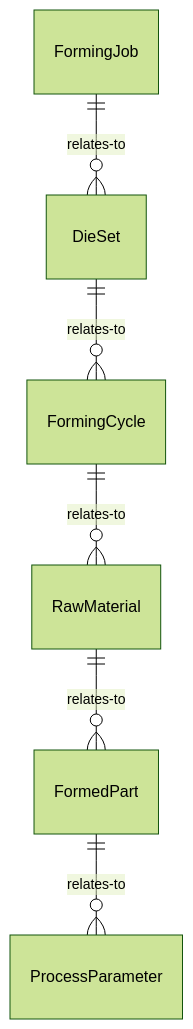
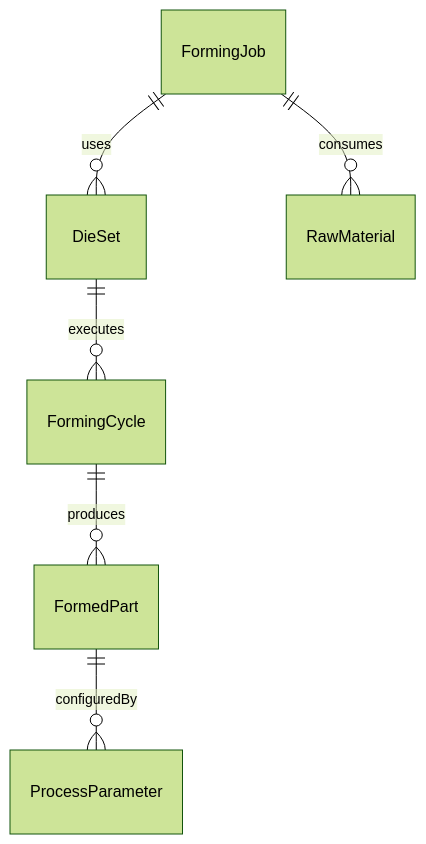
Before and after one commit to dot-org-ai/tasks.org.ai: the first of 4 diagrams in ControllingMachinesAndProcesses/OperateIndustrialProcessingOrProductionEquipment/OperateMetalPlasticFormingEquipment.mdx, drawn with Mermaid (forest theme). The commit also changed other lines of this file and 515 other files, not shown here.

````diff
--- a/ControllingMachinesAndProcesses/OperateIndustrialProcessingOrProductionEquipment/OperateMetalPlasticFormingEquipment.mdx
+++ b/ControllingMachinesAndProcesses/OperateIndustrialProcessingOrProductionEquipment/OperateMetalPlasticFormingEquipment.mdx
@@ -90,8 +90,8 @@
 ```mermaid
 erDiagram
-    FormingJob ||--o{ DieSet : relates-to
-    DieSet ||--o{ FormingCycle : relates-to
-    FormingCycle ||--o{ RawMaterial : relates-to
-    RawMaterial ||--o{ FormedPart : relates-to
-    FormedPart ||--o{ ProcessParameter : relates-to
+    FormingJob ||--o{ DieSet : uses
+    FormingJob ||--o{ RawMaterial : consumes
+    DieSet ||--o{ FormingCycle : executes
+    FormingCycle ||--o{ FormedPart : produces
+    FormedPart ||--o{ ProcessParameter : configuredBy
 ```
````
